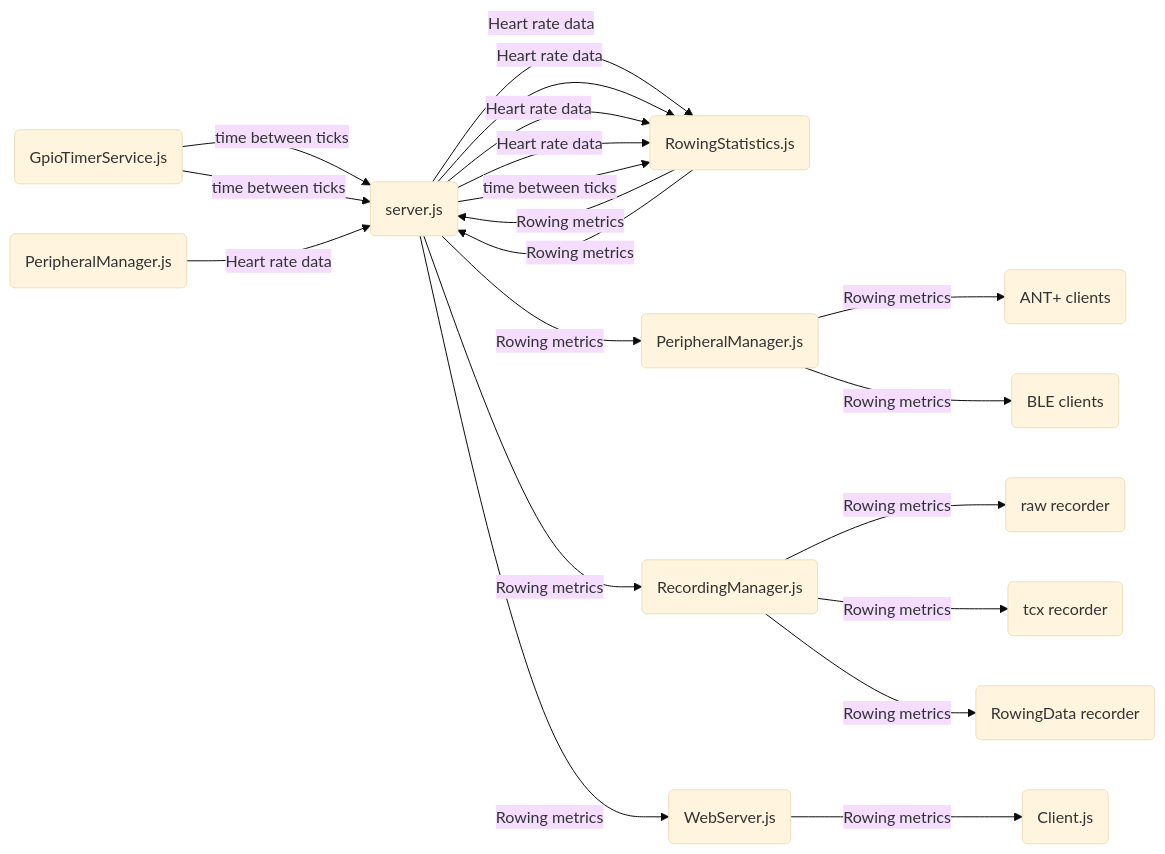
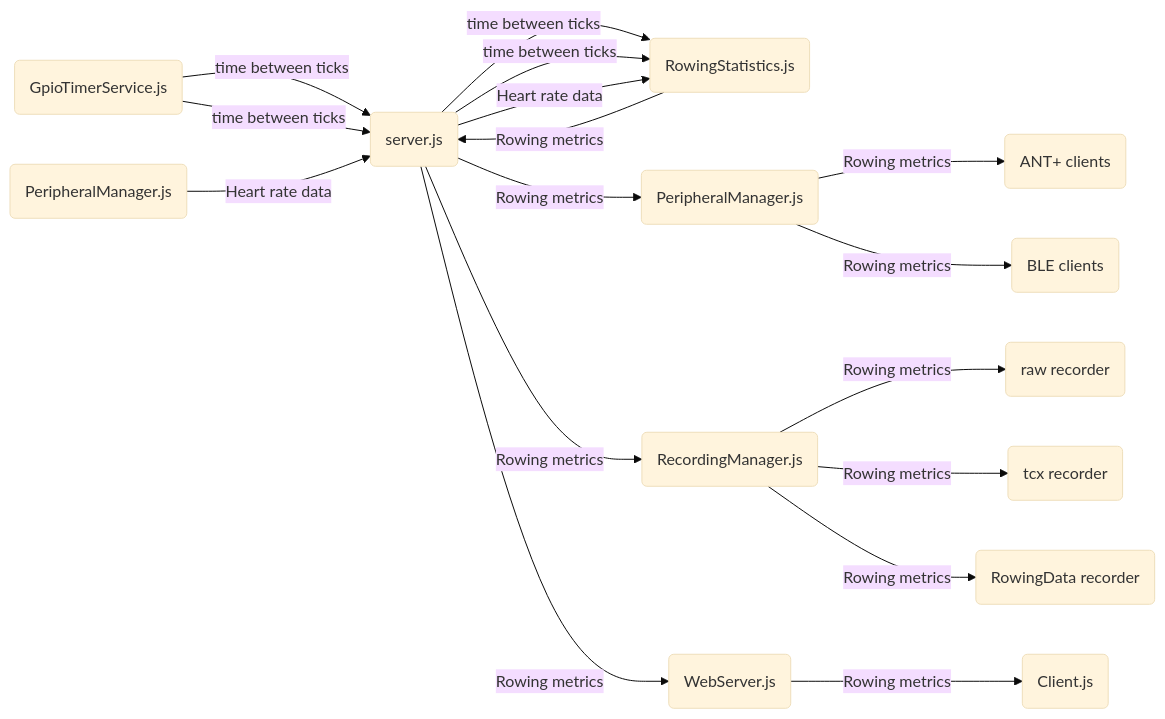
The first of 5 diagrams in docs/Architecture.md (laberning/openrowingmonitor), drawn with Mermaid (base theme) before and after one commit.

````diff
--- a/docs/Architecture.md
+++ b/docs/Architecture.md
@@ -20,15 +20,16 @@
 ```mermaid
 flowchart LR
-A(GpioTimerService.js) -->|time between ticks| B(server.js) & B(server.js) -->|Heart rate data| D(RowingStatistics.js) & D(RowingStatistics.js) -->|Rowing metrics| B(server.js)
+A(GpioTimerService.js) -->|time between ticks| B(server.js) & B(server.js) -->|time between ticks| D(RowingStatistics.js)
+D(RowingStatistics.js) -->|Rowing metrics| B(server.js)
 C(PeripheralManager.js) -->|Heart rate data| B(server.js)
-B(server.js) -->|time between ticks| D(RowingStatistics.js)
+B(server.js) -->|Heart rate data| D(RowingStatistics.js)
 B(server.js) -->|Rowing metrics| E(PeripheralManager.js)
 E(PeripheralManager.js) -->|Rowing metrics| F(ANT+ clients)
 E(PeripheralManager.js) -->|Rowing metrics| G(BLE clients)
 B(server.js) -->|Rowing metrics| H(RecordingManager.js)
 H(RecordingManager.js) -->|Rowing metrics| I(raw recorder)
 H(RecordingManager.js) -->|Rowing metrics| J(tcx recorder)
 H(RecordingManager.js) -->|Rowing metrics| K(RowingData recorder)
 B(server.js) -->|Rowing metrics| L(WebServer.js)
 L(WebServer.js) -->|Rowing metrics| M(Client.js)
 ```
````
